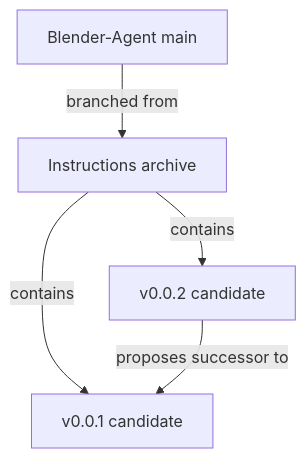
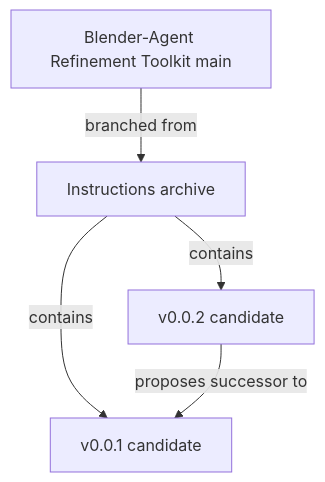
One commit to vixttha/Blender-Agent changed the diagram in graphify/versions.mmd. Above: the diagram before and after it, drawn with Mermaid. The commit also changed 6 other files, not shown here.

```diff
--- a/graphify/versions.mmd
+++ b/graphify/versions.mmd
@@ -1,9 +1,9 @@
 flowchart TD
-  M["Blender-Agent main"]
+  M["Blender-Agent Refinement Toolkit main"]
   B["Instructions archive"]
   V1["v0.0.1 candidate"]
   V2["v0.0.2 candidate"]
   M -->|branched from| B
   B -->|contains| V1
   B -->|contains| V2
   V2 -->|proposes successor to| V1
```
